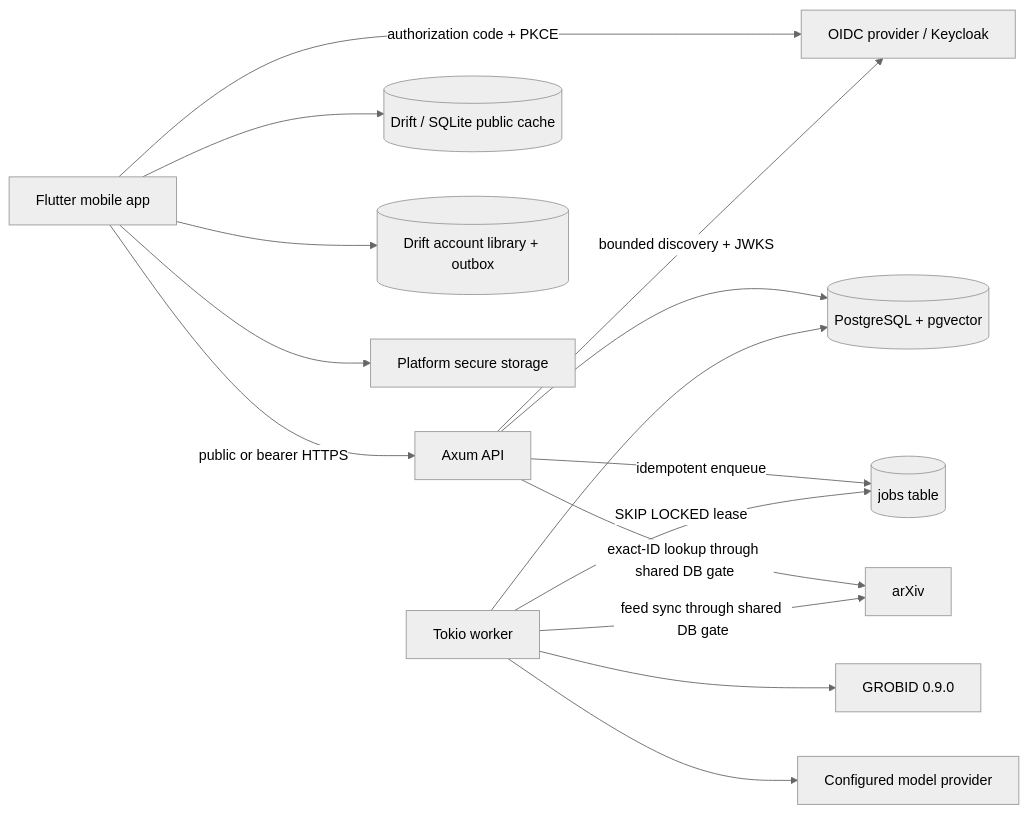
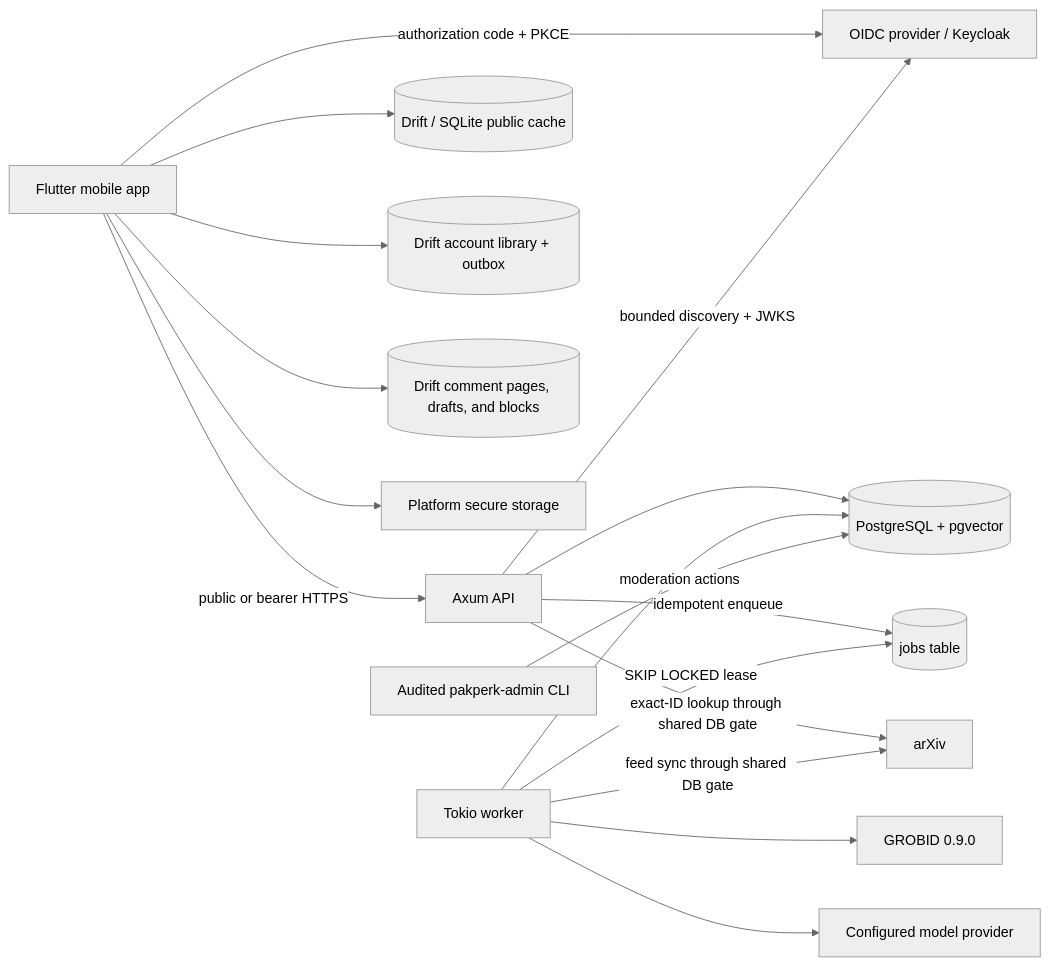
One commit to ErrDivine/PakPerk changed the diagram in docs/architecture.md. Above: the diagram before and after it, drawn with Mermaid (neutral theme). The commit also changed other lines of this file and 96 other files, not shown here.

````diff
--- a/docs/architecture.md
+++ b/docs/architecture.md
@@ -36,17 +44,19 @@
 ```mermaid
 flowchart LR
   M["Flutter mobile app"] -->|"public or bearer HTTPS"| A["Axum API"]
   M -->|"authorization code + PKCE"| I["OIDC provider / Keycloak"]
   A -->|"bounded discovery + JWKS"| I
   M --> D[("Drift / SQLite public cache")]
   M --> T[("Drift account library + outbox")]
+  M --> C[("Drift comment pages, drafts, and blocks")]
   M --> S["Platform secure storage"]
   A --> P[("PostgreSQL + pgvector")]
   A -->|"idempotent enqueue"| J[("jobs table")]
   W["Tokio worker"] -->|"SKIP LOCKED lease"| J
   A -->|"exact-ID lookup through shared DB gate"| X["arXiv"]
   W -->|"feed sync through shared DB gate"| X
   W --> G["GROBID 0.9.0"]
   W --> L["Configured model provider"]
   W --> P
+  O["Audited pakperk-admin CLI"] -->|"moderation actions"| P
 ```
````
